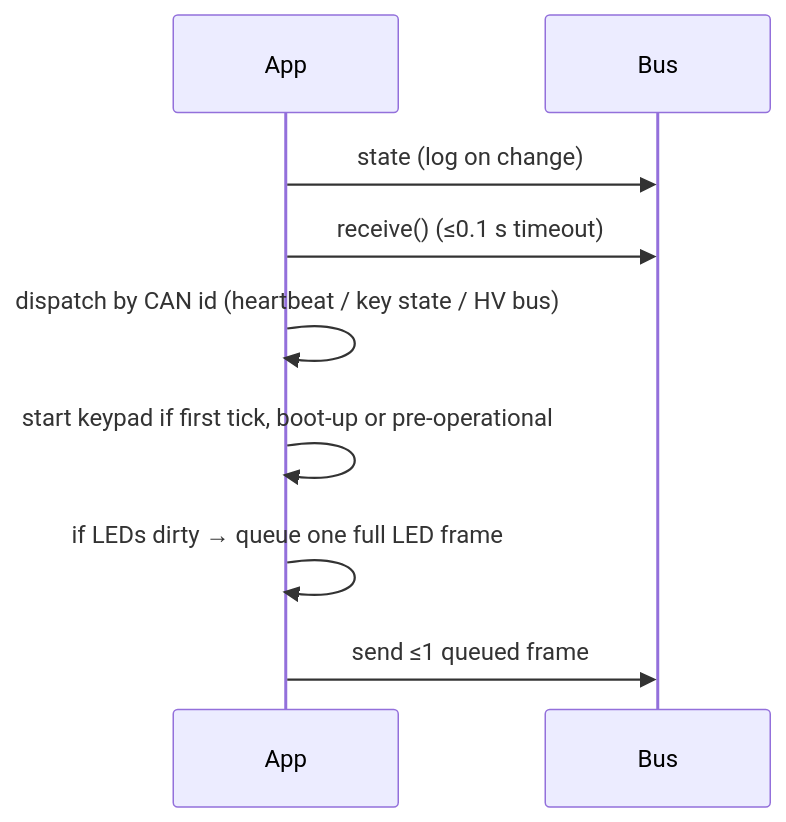
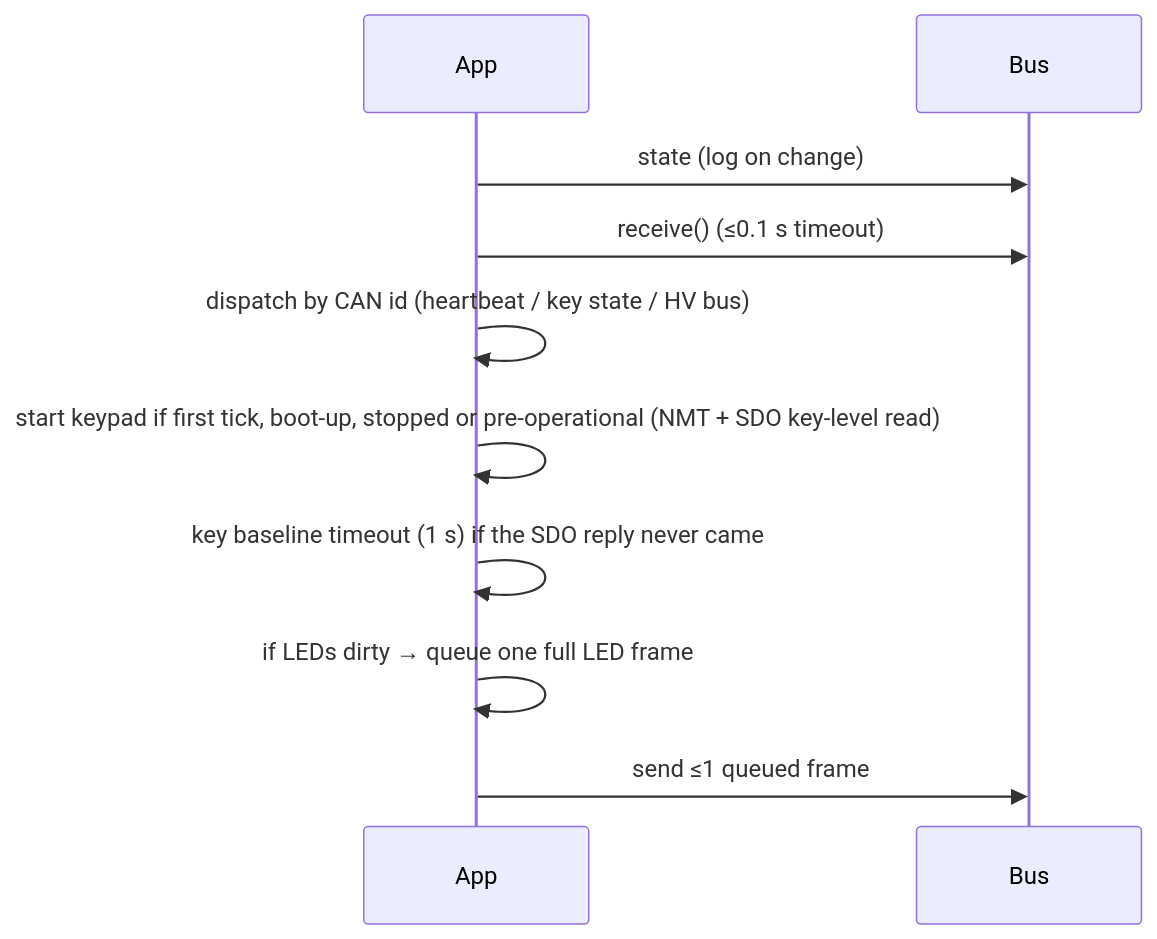
Before and after one commit to dreamev/mm-ecu: the second of 2 diagrams in lode/architecture/summary.md, drawn with Mermaid. The commit also changed 15 other files, not shown here.

````diff
--- a/lode/architecture/summary.md
+++ b/lode/architecture/summary.md
@@ -36,11 +36,12 @@
 ```mermaid
 sequenceDiagram
   participant App
   participant Bus
   App->>Bus: state (log on change)
   App->>Bus: receive() (≤0.1 s timeout)
   App->>App: dispatch by CAN id (heartbeat / key state / HV bus)
-  App->>App: start keypad if first tick, boot-up or pre-operational
+  App->>App: start keypad if first tick, boot-up, stopped or pre-operational (NMT + SDO key-level read)
+  App->>App: key baseline timeout (1 s) if the SDO reply never came
   App->>App: if LEDs dirty → queue one full LED frame
   App->>Bus: send ≤1 queued frame
 ```
````
